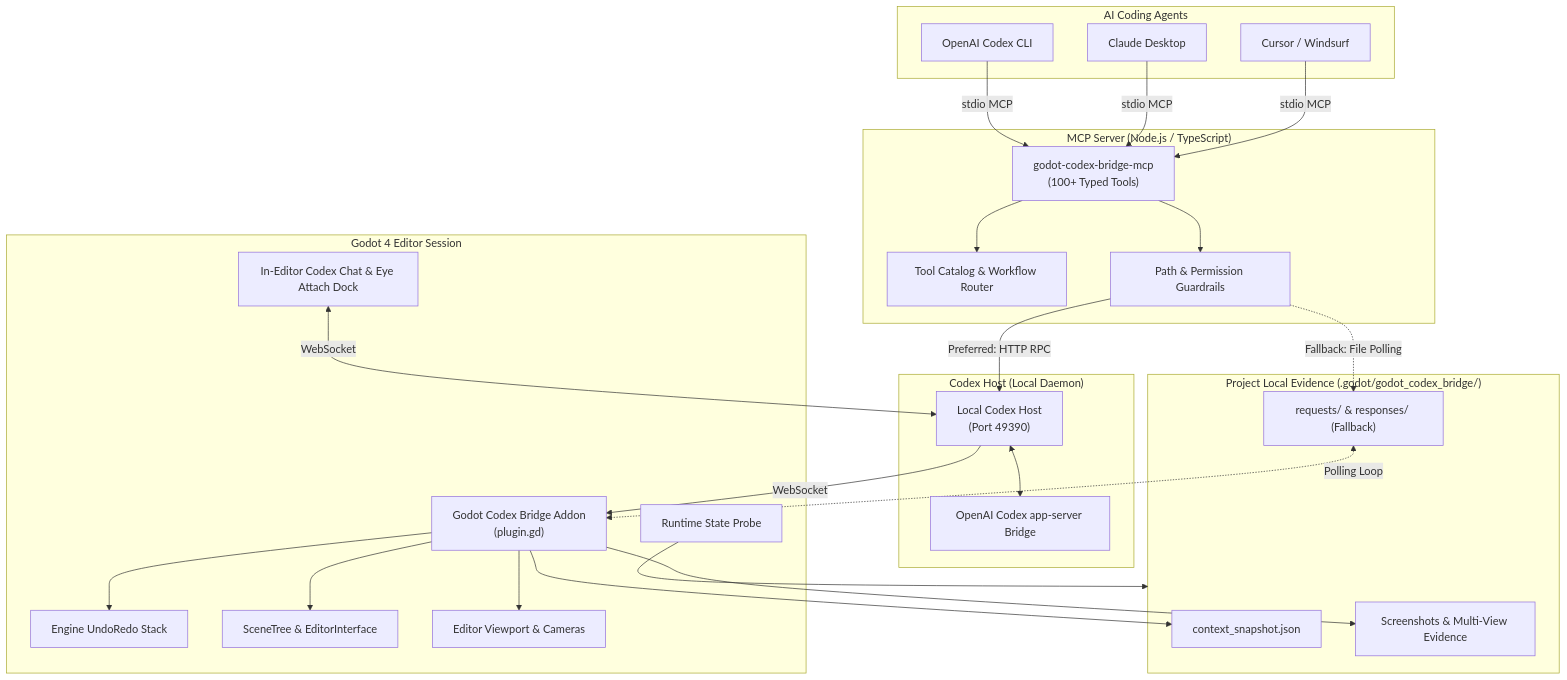
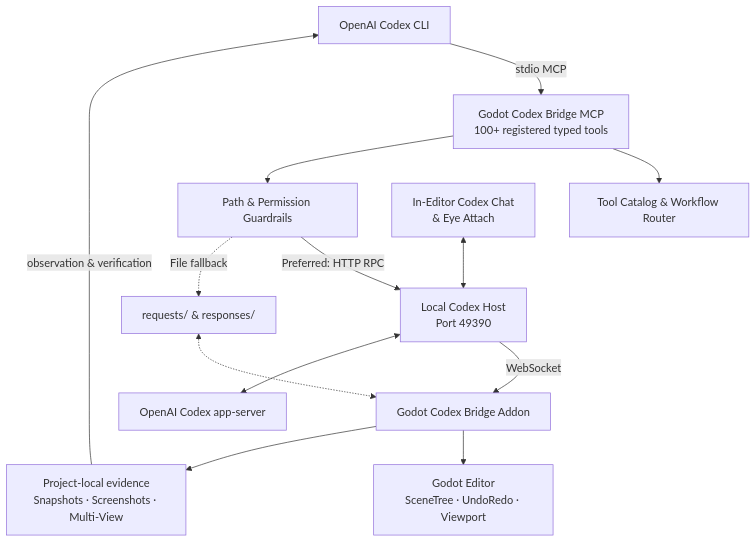
One commit to ItsHege/godot-codex-bridge changed the diagram in README.md. Above: the diagram before and after it, drawn with Mermaid. The commit also changed other lines of this file and 5 other files, not shown here.

First line of the commit message:
Polish repository for OpenAI Codex submission

````diff
--- a/README.md
+++ b/README.md
@@ -44,56 +45,20 @@
 ```mermaid
 flowchart TD
-    subgraph Agents ["AI Coding Agents"]
-        Codex["OpenAI Codex CLI"]
-        Claude["Claude Desktop"]
-        Cursor["Cursor / Windsurf"]
-    end
+    Codex["OpenAI Codex CLI"] -->|stdio MCP| MCP["Godot Codex Bridge MCP<br/>100+ registered typed tools"]
 
-    subgraph MCPLayer ["MCP Server (Node.js / TypeScript)"]
-        MCPServer["godot-codex-bridge-mcp<br/>(100+ Typed Tools)"]
-        ToolCatalog["Tool Catalog & Workflow Router"]
-        PathGuard["Path & Permission Guardrails"]
-    end
+    MCP --> Catalog["Tool Catalog & Workflow Router"]
+    MCP --> Guard["Path & Permission Guardrails"]
 
-    subgraph HostLayer ["Codex Host (Local Daemon)"]
-        CodexHost["Local Codex Host<br/>(Port 49390)"]
-        AppServerBridge["OpenAI Codex app-server Bridge"]
-    end
+    Guard -->|Preferred: HTTP RPC| Host["Local Codex Host<br/>Port 49390"]
+    Host -->|WebSocket| Addon["Godot Codex Bridge Addon"]
+    Host <--> AppServer["OpenAI Codex app-server"]
 
-    subgraph GodotEditor ["Godot 4 Editor Session"]
-        Addon["Godot Codex Bridge Addon<br/>(plugin.gd)"]
-        ChatDock["In-Editor Codex Chat & Eye Attach Dock"]
-        UndoRedo["Engine UndoRedo Stack"]
-        SceneTree["SceneTree & EditorInterface"]
-        Viewport["Editor Viewport & Cameras"]
-        RuntimeProbe["Runtime State Probe"]
-    end
+    Chat["In-Editor Codex Chat<br/>& Eye Attach"] <--> Host
 
-    subgraph LocalStorage ["Project Local Evidence (.godot/godot_codex_bridge/)"]
-        Snapshot["context_snapshot.json"]
-        Artifacts["Screenshots & Multi-View Evidence"]
-        FallbackDir["requests/ & responses/ (Fallback)"]
-    end
+    Addon --> Editor["Godot Editor<br/>SceneTree · UndoRedo · Viewport"]
+    Addon --> Evidence["Project-local evidence<br/>Snapshots · Screenshots · Multi-View"]
 
-    Codex -->|stdio MCP| MCPServer
-    Claude -->|stdio MCP| MCPServer
-    Cursor -->|stdio MCP| MCPServer
-
-    MCPServer --> ToolCatalog
-    MCPServer --> PathGuard
-
-    PathGuard -->|Preferred: HTTP RPC| CodexHost
-    CodexHost -->|WebSocket| Addon
-    ChatDock <-->|WebSocket| CodexHost
-    CodexHost <--> AppServerBridge
-
-    PathGuard -.->|Fallback: File Polling| FallbackDir
-    FallbackDir <-.->|Polling Loop| Addon
-
-    Addon --> Snapshot
-    Addon --> Artifacts
-    Addon --> UndoRedo
-    Addon --> SceneTree
-    Addon --> Viewport
-    RuntimeProbe --> LocalStorage
+    Guard -.->|File fallback| Requests["requests/ & responses/"]
+    Requests <-.-> Addon
+    Evidence -->|observation & verification| Codex
 ```
````
